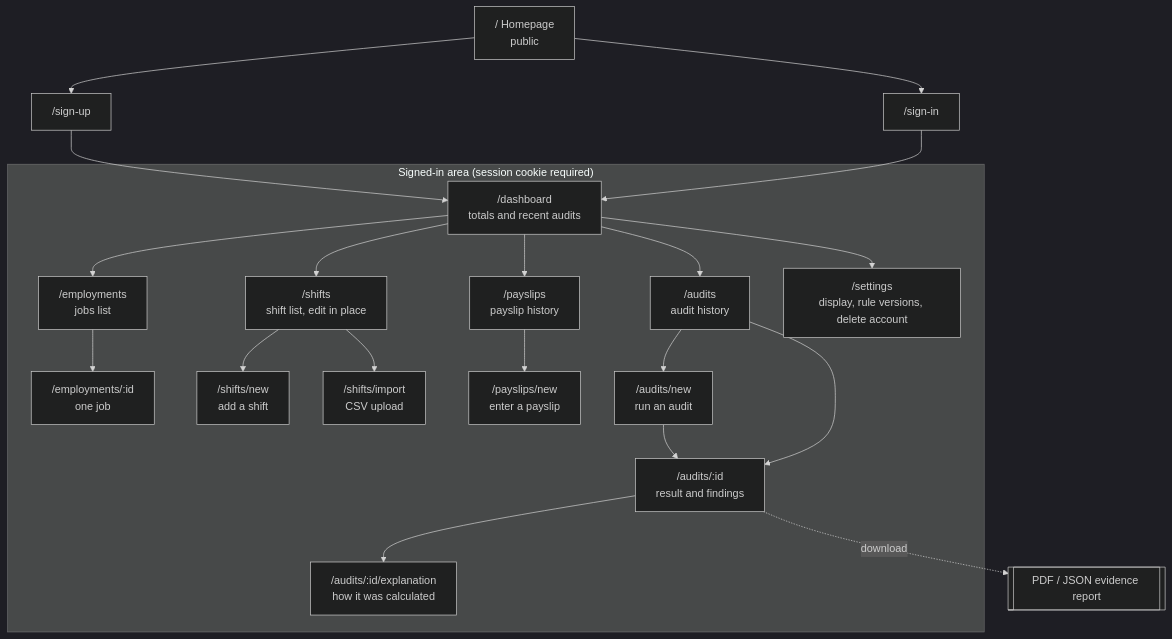
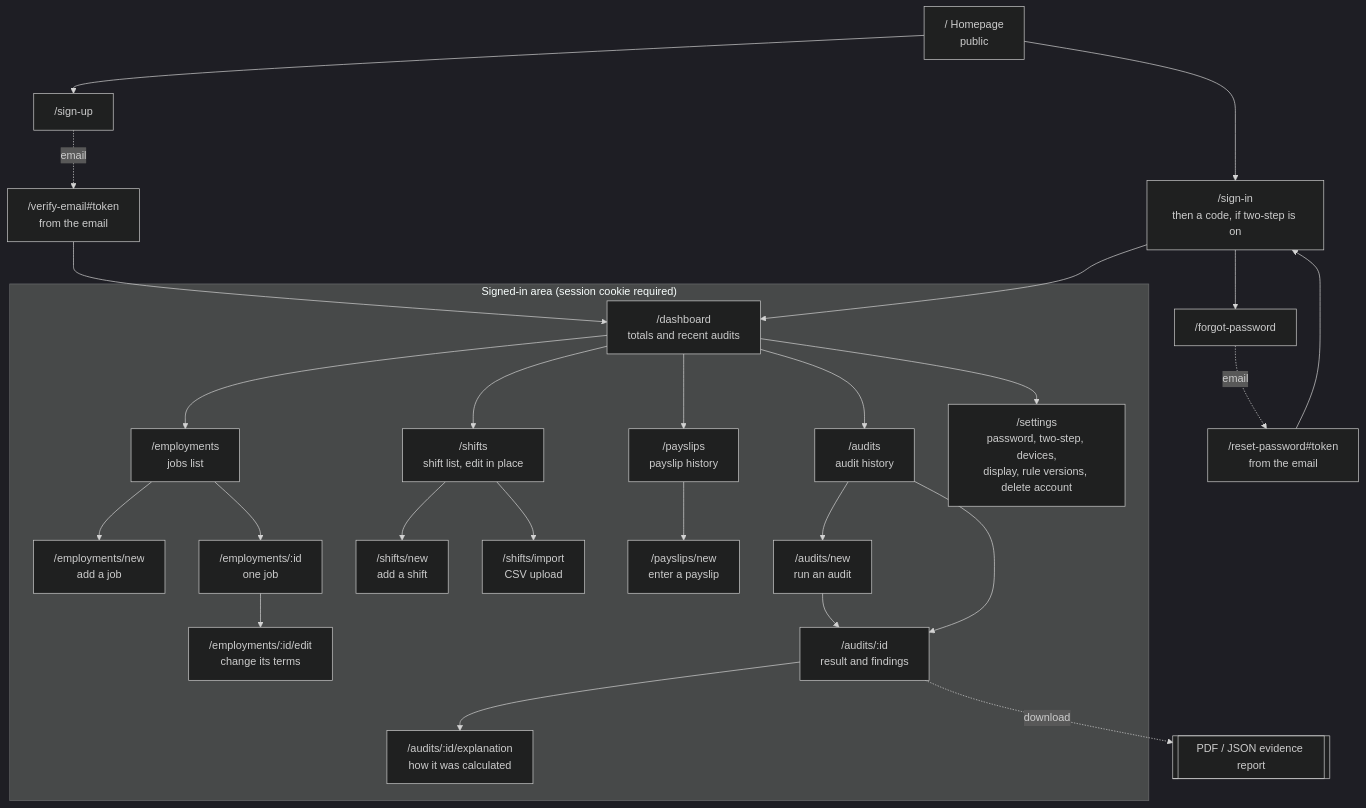
Before and after one commit to ijfabi/wageguard: the first of 2 diagrams in docs/information-architecture.md, drawn with Mermaid (dark theme). The commit also changed other lines of this file and 65 other files, not shown here.

First line of the commit message:
docs: describe rule set r2, account security and the new interface

````diff
--- a/docs/information-architecture.md
+++ b/docs/information-architecture.md
@@ -7,36 +7,46 @@
 ```mermaid
 flowchart TD
   home["/ Homepage<br/>public"]
-  signin["/sign-in"]
+  signin["/sign-in<br/>then a code, if two-step is on"]
   signup["/sign-up"]
+  verify["/verify-email#token<br/>from the email"]
+  forgot["/forgot-password"]
+  reset["/reset-password#token<br/>from the email"]
 
   subgraph app ["Signed-in area (session cookie required)"]
     dashboard["/dashboard<br/>totals and recent audits"]
     employments["/employments<br/>jobs list"]
+    employmentNew["/employments/new<br/>add a job"]
     employment["/employments/:id<br/>one job"]
+    employmentEdit["/employments/:id/edit<br/>change its terms"]
     shifts["/shifts<br/>shift list, edit in place"]
     shiftNew["/shifts/new<br/>add a shift"]
     shiftImport["/shifts/import<br/>CSV upload"]
     payslips["/payslips<br/>payslip history"]
     payslipNew["/payslips/new<br/>enter a payslip"]
     audits["/audits<br/>audit history"]
     auditNew["/audits/new<br/>run an audit"]
     audit["/audits/:id<br/>result and findings"]
     explanation["/audits/:id/explanation<br/>how it was calculated"]
-    settings["/settings<br/>display, rule versions, delete account"]
+    settings["/settings<br/>password, two-step, devices,<br/>display, rule versions, delete account"]
   end
 
   home --> signup
   home --> signin
-  signup --> dashboard
+  signup -.->|email| verify
+  verify --> dashboard
   signin --> dashboard
+  signin --> forgot
+  forgot -.->|email| reset
+  reset --> signin
   dashboard --> employments & shifts & payslips & audits & settings
-  employments --> employment
+  employments --> employmentNew & employment
+  employment --> employmentEdit
   shifts --> shiftNew & shiftImport
   payslips --> payslipNew
   audits --> auditNew
   auditNew --> audit
   audits --> audit
   audit --> explanation
   audit -.->|download| pdf[["PDF / JSON evidence report"]]
 ```
````
